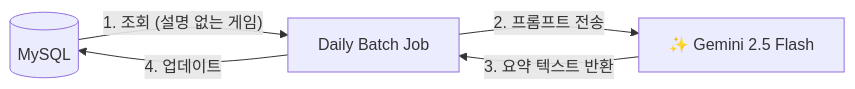
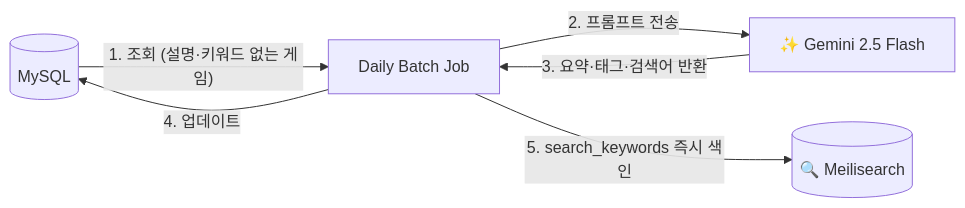
The diagram in msa/apps/docs/EXTERNAL_SERVICES.md (ygpark11/backend-lab), drawn with Mermaid before and after one commit. The commit also changed other lines of this file and 6 other files, not shown here.

````diff
--- a/msa/apps/docs/EXTERNAL_SERVICES.md
+++ b/msa/apps/docs/EXTERNAL_SERVICES.md
@@ -14,7 +14,8 @@
 ```mermaid
 flowchart LR
-    DB[("MySQL")] -->|"1. 조회 (설명 없는 게임)"| Batch["Daily Batch Job"]
+    DB[("MySQL")] -->|"1. 조회 (설명·키워드 없는 게임)"| Batch["Daily Batch Job"]
     Batch -->|"2. 프롬프트 전송"| Gemini["✨ Gemini 2.5 Flash"]
-    Gemini -->|"3. 요약 텍스트 반환"| Batch
+    Gemini -->|"3. 요약·태그·검색어 반환"| Batch
     Batch -->|"4. 업데이트"| DB
+    Batch -->|"5. search_keywords 즉시 색인"| Meili[("🔍 Meilisearch")]
 ```
````
